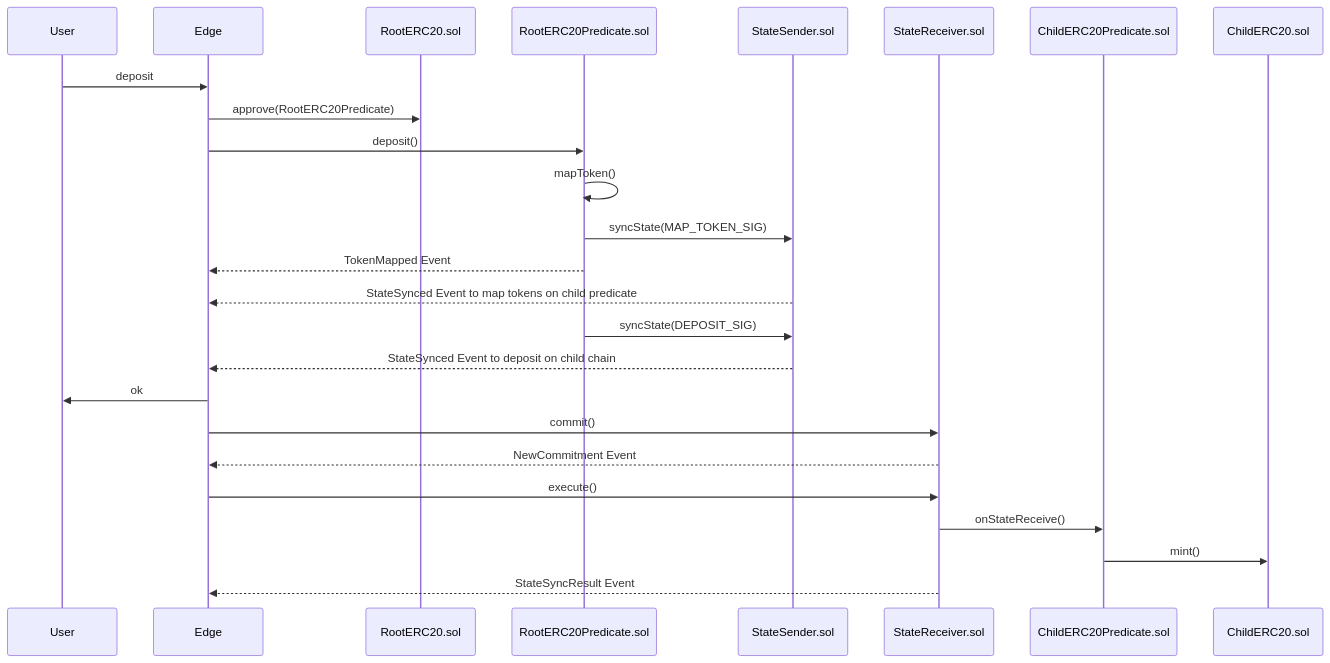
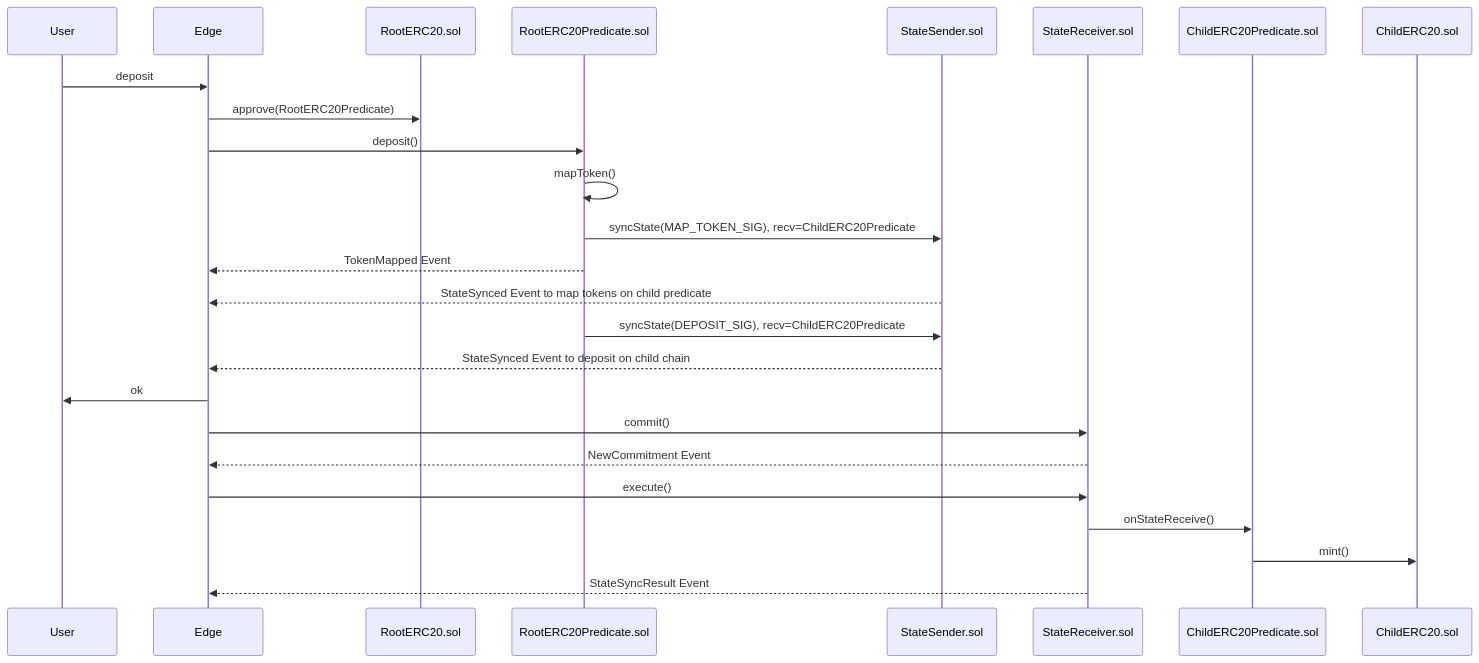
One commit to 0xPolygon/polygon-edge changed the first of 3 diagrams in docs/bridge/sequences.md. Above: the diagram before and after it, drawn with Mermaid. The commit also changed other lines of this file, not shown here.

Commit message:
Add receivers to sync state actions

````diff
--- a/docs/bridge/sequences.md
+++ b/docs/bridge/sequences.md
@@ -5,19 +5,19 @@
 ```mermaid
 sequenceDiagram
 	User->>Edge: deposit
 	Edge->>RootERC20.sol: approve(RootERC20Predicate)
 	Edge->>RootERC20Predicate.sol: deposit()
 	RootERC20Predicate.sol->>RootERC20Predicate.sol: mapToken()
-	RootERC20Predicate.sol->>StateSender.sol: syncState(MAP_TOKEN_SIG)
+	RootERC20Predicate.sol->>StateSender.sol: syncState(MAP_TOKEN_SIG), recv=ChildERC20Predicate
 	RootERC20Predicate.sol-->>Edge: TokenMapped Event
 	StateSender.sol-->>Edge: StateSynced Event to map tokens on child predicate
-	RootERC20Predicate.sol->>StateSender.sol: syncState(DEPOSIT_SIG)
+	RootERC20Predicate.sol->>StateSender.sol: syncState(DEPOSIT_SIG), recv=ChildERC20Predicate
 	StateSender.sol-->>Edge: StateSynced Event to deposit on child chain
 	Edge->>User: ok
 	Edge->>StateReceiver.sol:commit()
 	StateReceiver.sol-->>Edge: NewCommitment Event
 	Edge->>StateReceiver.sol:execute()
 	StateReceiver.sol->>ChildERC20Predicate.sol:onStateReceive()
 	ChildERC20Predicate.sol->>ChildERC20.sol: mint()
 	StateReceiver.sol-->>Edge:StateSyncResult Event
 ```
````
